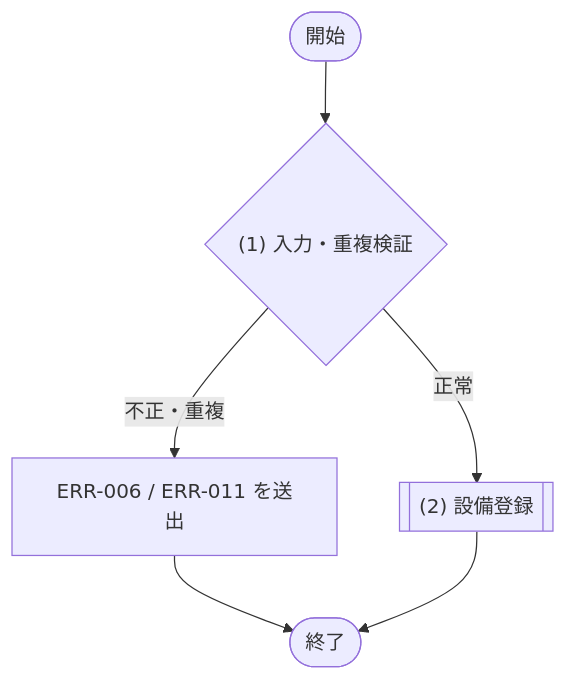
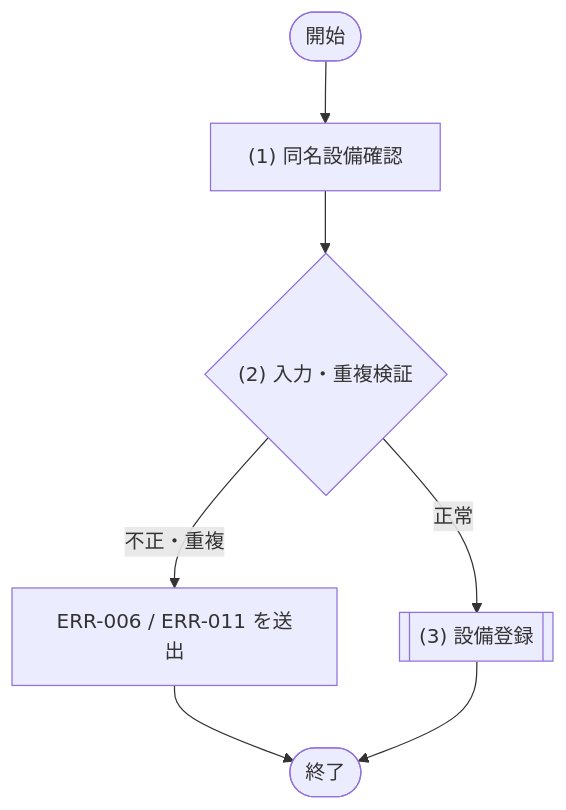
One commit to sikakou54/system-document-template changed the fourth of 5 diagrams in docs/03_機能設計/05_モジュール設計/MOD-004_会議室管理サービス.md. Above: the diagram before and after it, drawn with Mermaid. The commit also changed other lines of this file and 15 other files, not shown here.

````diff
--- a/docs/03_機能設計/05_モジュール設計/MOD-004_会議室管理サービス.md
+++ b/docs/03_機能設計/05_モジュール設計/MOD-004_会議室管理サービス.md
@@ -434,12 +468,13 @@
 ```mermaid
 flowchart TD
   Start([開始])
-  D1{"(1) 入力・重複検証"}
-  P1[["(2) 設備登録"]]
+  P1["(1) 同名設備確認"]
+  D1{"(2) 入力・重複検証"}
+  P2[["(3) 設備登録"]]
   E1["ERR-006 / ERR-011 を送出"]
   End([終了])
 
-  Start --> D1
+  Start --> P1 --> D1
   D1 -- "不正・重複" --> E1 --> End
-  D1 -- "正常" --> P1 --> End
+  D1 -- "正常" --> P2 --> End
 ```
````
